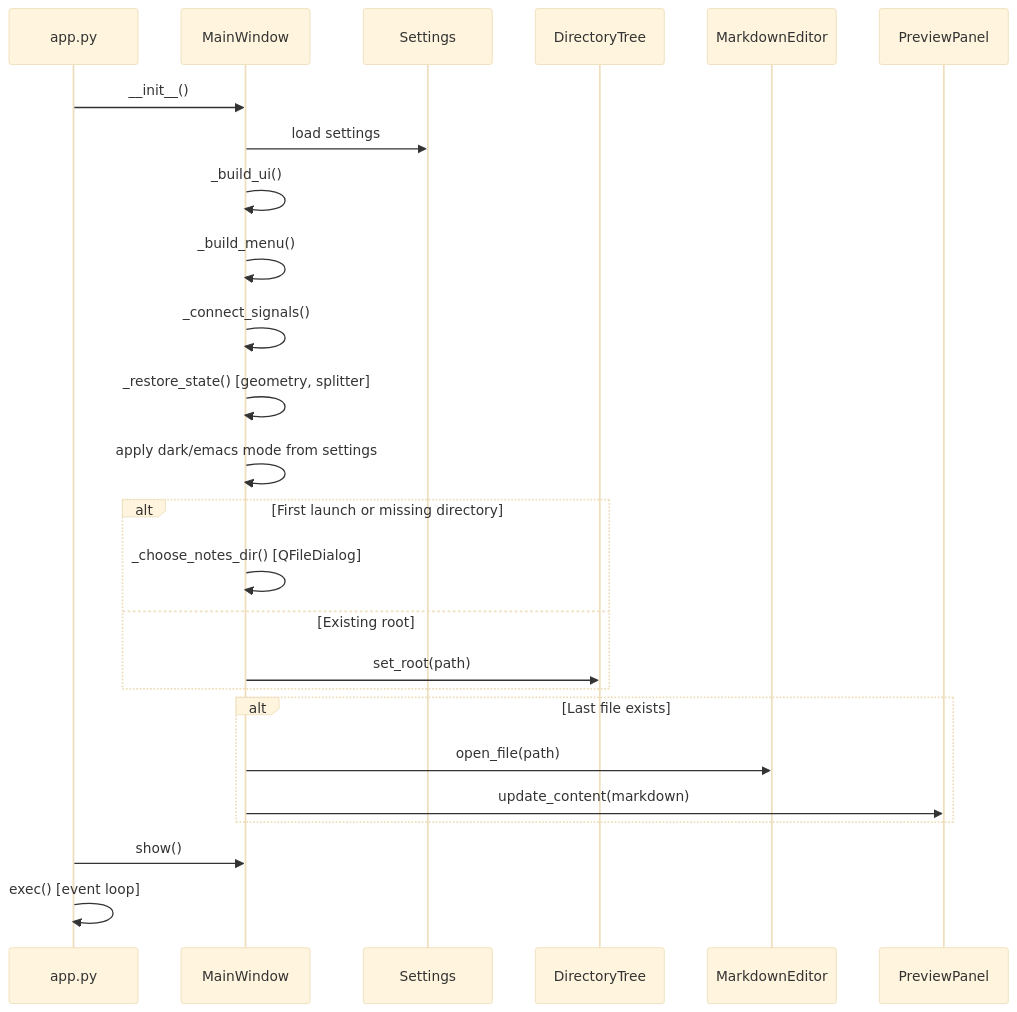
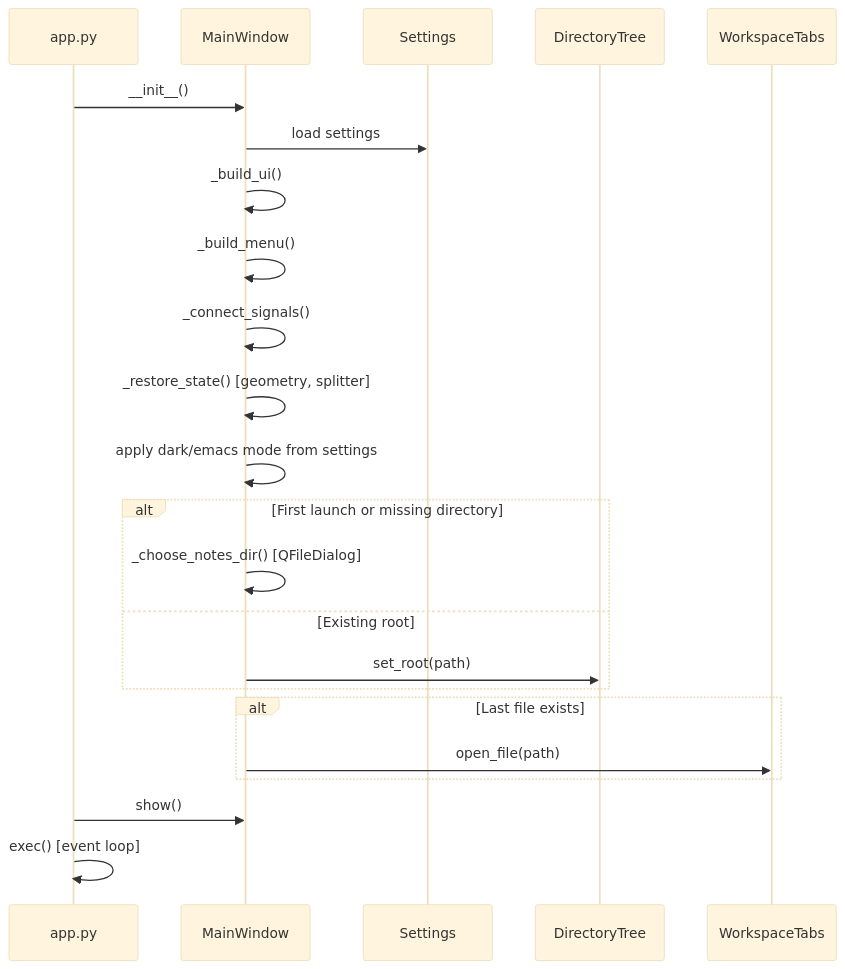
One commit to nguyenl/drnotes changed the second of 7 diagrams in ARCHITECTURE.md. Above: the diagram before and after it, drawn with Mermaid (base theme). The commit also changed other lines of this file and 16 other files, not shown here.

Commit message:
Adds feature to open multiple files simultaneously. Files are opened with tabs.

````diff
--- a/ARCHITECTURE.md
+++ b/ARCHITECTURE.md
@@ -43,31 +50,29 @@
 ```mermaid
 sequenceDiagram
     participant App as app.py
     participant MW as MainWindow
     participant S as Settings
     participant DT as DirectoryTree
-    participant ED as MarkdownEditor
-    participant PP as PreviewPanel
+    participant WT as WorkspaceTabs
 
     App->>MW: __init__()
     MW->>S: load settings
     MW->>MW: _build_ui()
     MW->>MW: _build_menu()
     MW->>MW: _connect_signals()
     MW->>MW: _restore_state() [geometry, splitter]
     MW->>MW: apply dark/emacs mode from settings
 
     alt First launch or missing directory
         MW->>MW: _choose_notes_dir() [QFileDialog]
     else Existing root
         MW->>DT: set_root(path)
     end
 
     alt Last file exists
-        MW->>ED: open_file(path)
-        MW->>PP: update_content(markdown)
+        MW->>WT: open_file(path)
     end
 
     App->>MW: show()
     App->>App: exec() [event loop]
 ```
````
